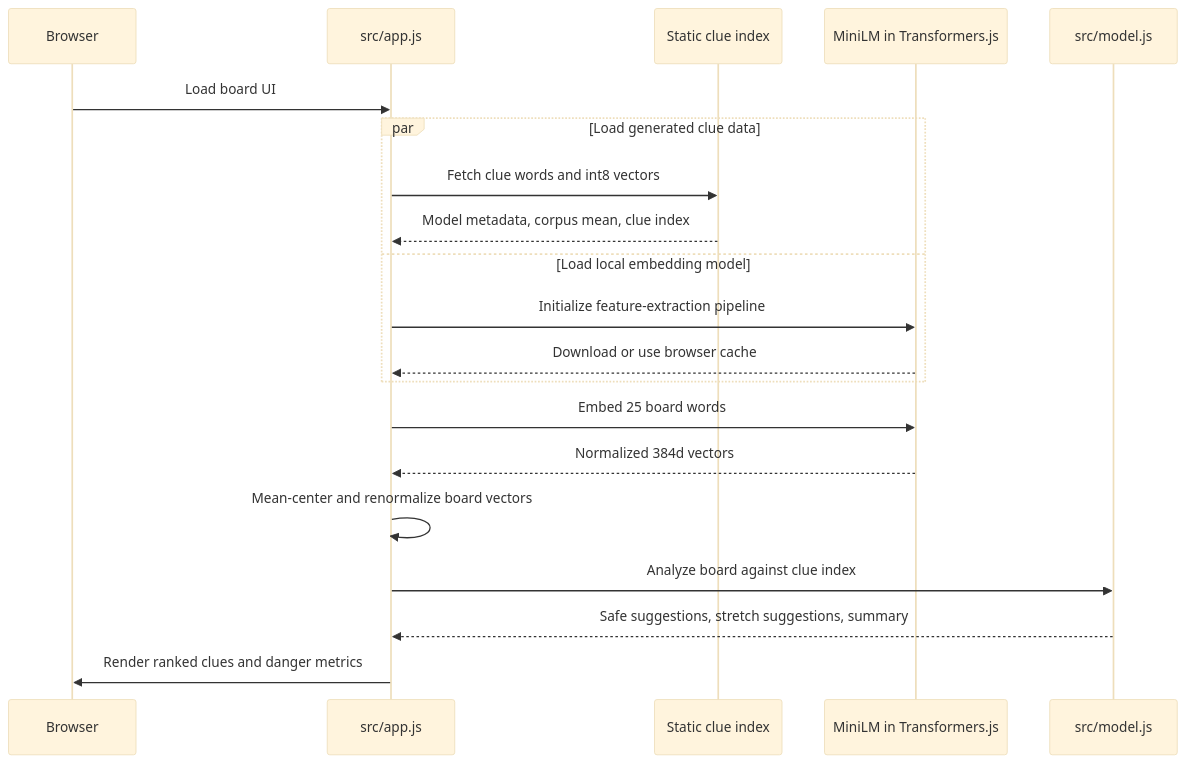
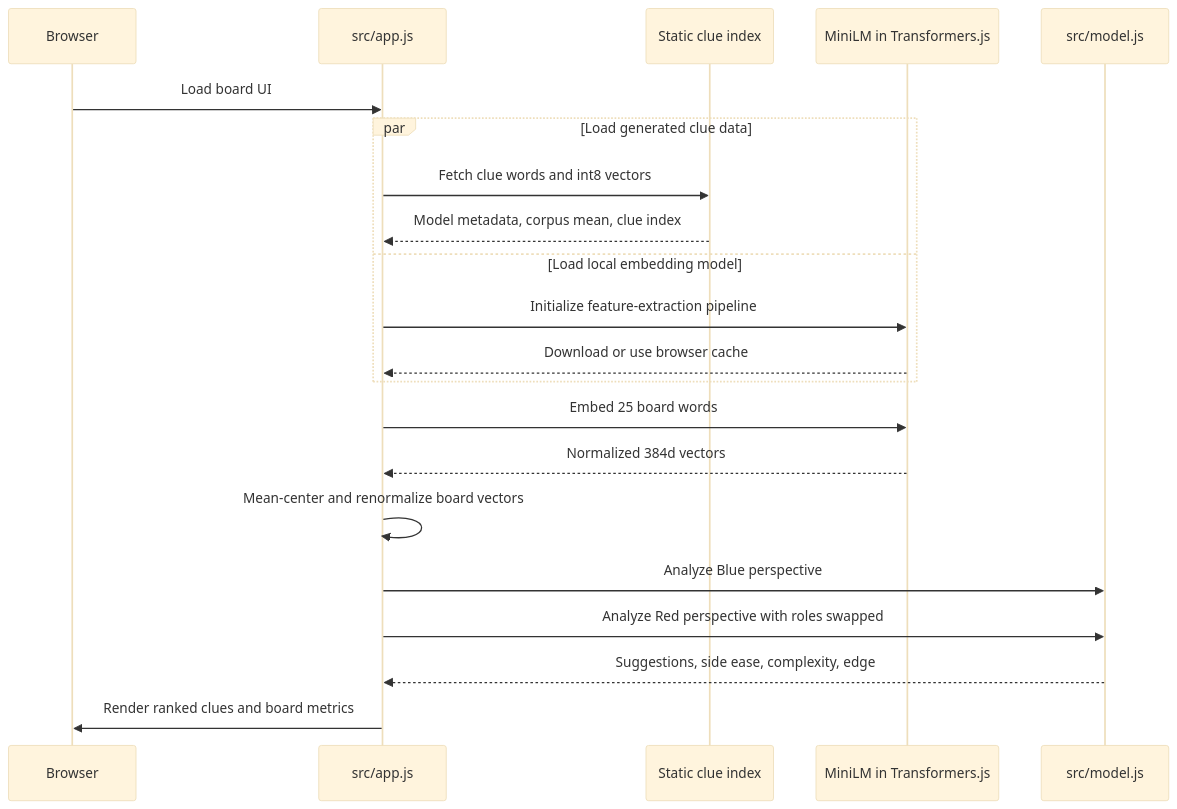
The first of 3 diagrams in README.md (andybergon/codenames), drawn with Mermaid (base theme) before and after one commit. The commit also changed other lines of this file and 5 other files, not shown here.

````diff
--- a/README.md
+++ b/README.md
@@ -104,23 +119,24 @@
 ```mermaid
 sequenceDiagram
   participant Browser
   participant App as src/app.js
   participant Index as Static clue index
   participant Model as MiniLM in Transformers.js
   participant Scorer as src/model.js
 
   Browser->>App: Load board UI
   par Load generated clue data
     App->>Index: Fetch clue words and int8 vectors
     Index-->>App: Model metadata, corpus mean, clue index
   and Load local embedding model
     App->>Model: Initialize feature-extraction pipeline
     Model-->>App: Download or use browser cache
   end
   App->>Model: Embed 25 board words
   Model-->>App: Normalized 384d vectors
   App->>App: Mean-center and renormalize board vectors
-  App->>Scorer: Analyze board against clue index
-  Scorer-->>App: Safe suggestions, stretch suggestions, summary
-  App->>Browser: Render ranked clues and danger metrics
+  App->>Scorer: Analyze Blue perspective
+  App->>Scorer: Analyze Red perspective with roles swapped
+  Scorer-->>App: Suggestions, side ease, complexity, edge
+  App->>Browser: Render ranked clues and board metrics
 ```
````
